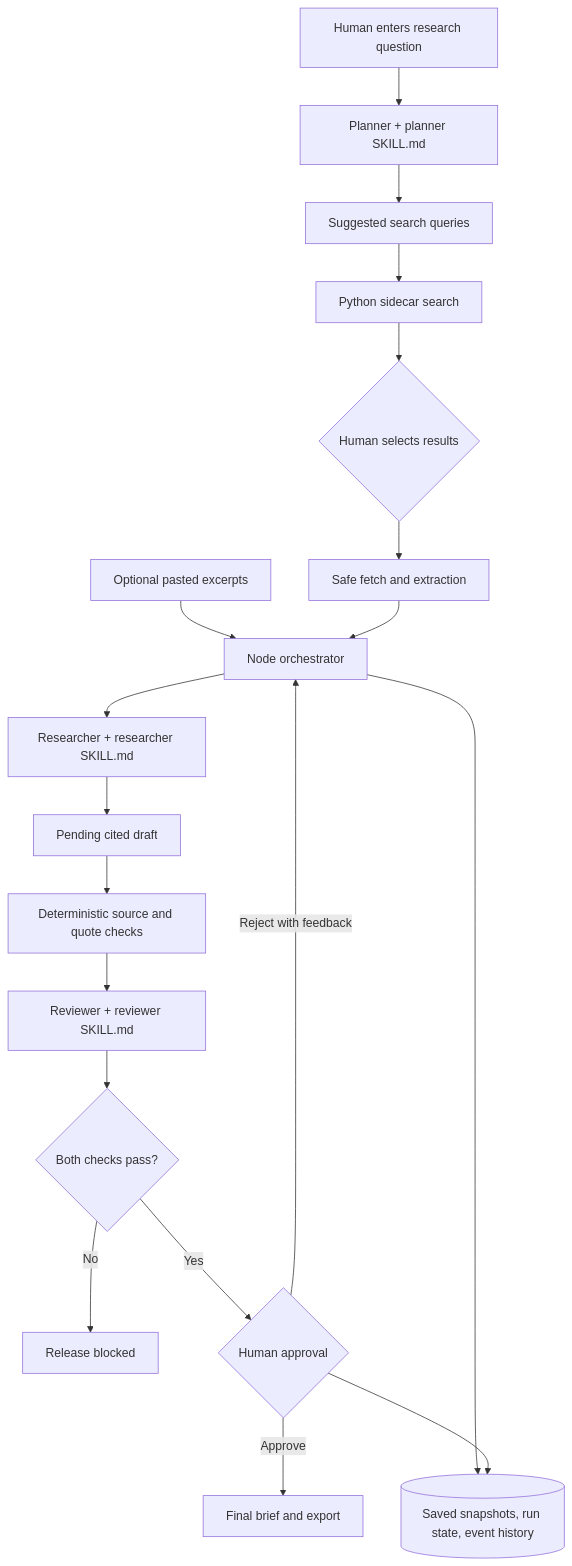
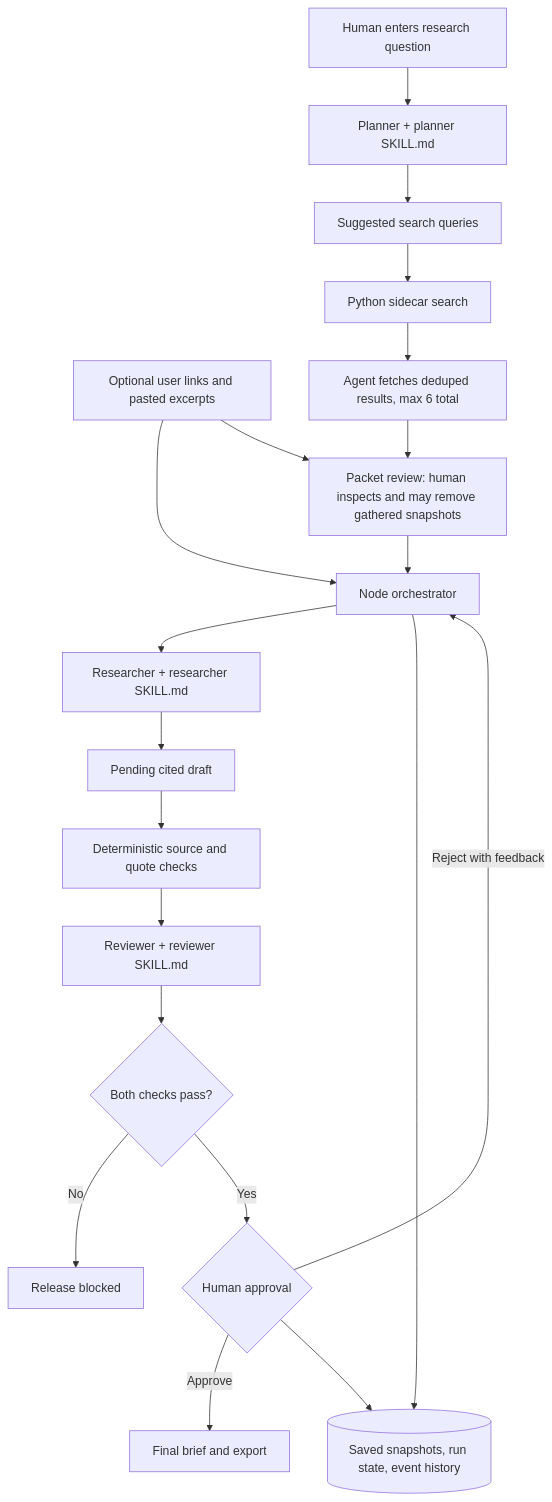
Before and after one commit to raldddddddd/SIP: the diagram in README.md, drawn with Mermaid. The commit also changed other lines of this file and 17 other files, not shown here.

Commit message:
Implemented web fetch/search, offline mode removed, simplified the sources section, added human review for searhed sources

````diff
--- a/README.md
+++ b/README.md
@@ -61,21 +61,22 @@
 ```mermaid
 flowchart TD
     U[Human enters research question] --> P[Planner + planner SKILL.md]
+    M[Optional user links and pasted excerpts] --> O[Node orchestrator]
     P --> Q[Suggested search queries]
     Q --> S[Python sidecar search]
-    S --> H{Human selects results}
-    H --> F[Safe fetch and extraction]
-    M[Optional pasted excerpts] --> O[Node orchestrator]
-    F --> O
+    S --> AG[Agent fetches deduped results, max 6 total]
+    AG --> PR[Packet review: human inspects and may remove gathered snapshots]
+    M --> PR
+    PR --> O
     O --> R[Researcher + researcher SKILL.md]
     R --> D[Pending cited draft]
     D --> C[Deterministic source and quote checks]
     C --> V[Reviewer + reviewer SKILL.md]
     V --> G{Both checks pass?}
     G -- No --> B[Release blocked]
     G -- Yes --> A{Human approval}
     A -- Reject with feedback --> O
     A -- Approve --> Z[Final brief and export]
     O --> L[(Saved snapshots, run state, event history)]
     A --> L
 ```
````
